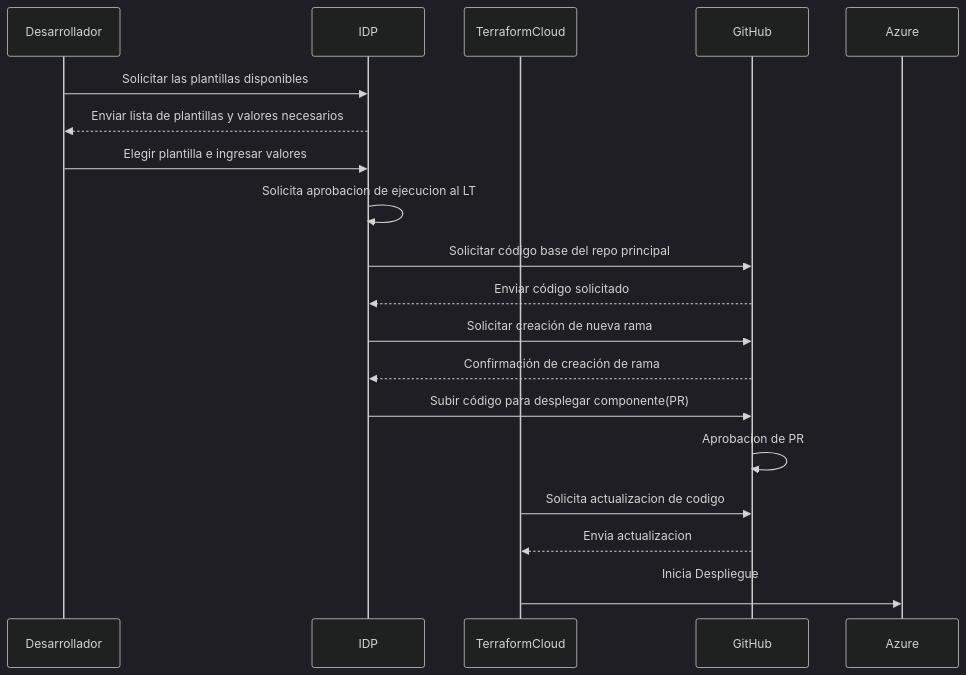
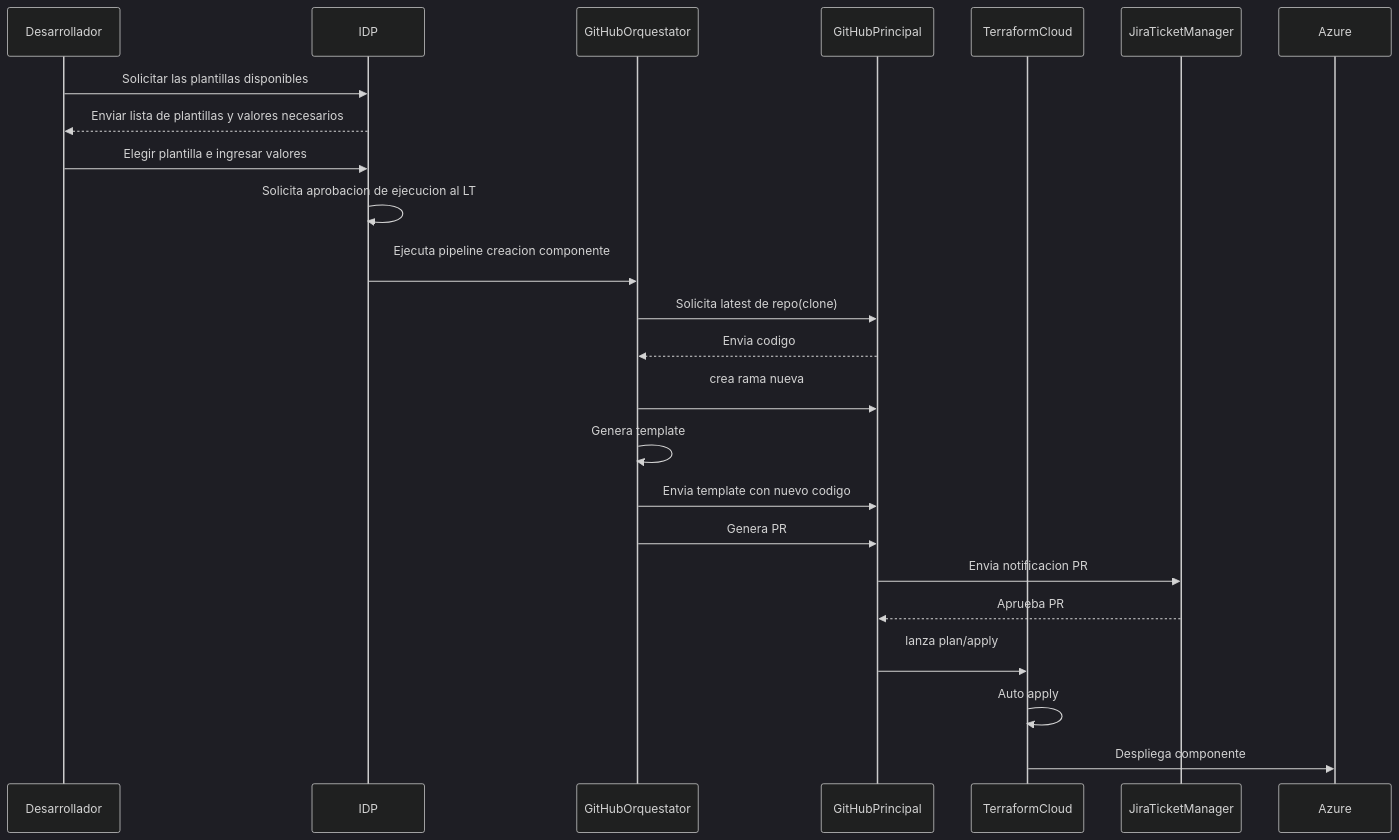
One commit to test-ntt-idp-01/lab003 changed the diagram in docs/flow.mmd. Above: the diagram before and after it, drawn with Mermaid (dark theme). The commit also changed other lines of this file and 15 other files, not shown here.

```diff
--- a/docs/flow.mmd
+++ b/docs/flow.mmd
@@ -1,20 +1,25 @@
 sequenceDiagram
   participant Desarrollador as Desarrollador
   participant IDP as IDP
+  participant GitHubOrquestator as GitHubOrquestator
+  participant GitHubPrincipal as GitHubPrincipal
   participant TerraformCloud as TerraformCloud
-  participant GitHub as GitHub
+  participant Jira as JiraTicketManager
   participant Azure as Azure
 
   Desarrollador ->> IDP: Solicitar las plantillas disponibles
   IDP -->> Desarrollador: Enviar lista de plantillas y valores necesarios
   Desarrollador ->> IDP: Elegir plantilla e ingresar valores
   IDP ->> IDP: Solicita aprobacion de ejecucion al LT
-  IDP ->> GitHub: Solicitar código base del repo principal
-  GitHub -->> IDP: Enviar código solicitado
-  IDP ->> GitHub: Solicitar creación de nueva rama
-  GitHub -->> IDP: Confirmación de creación de rama
-  IDP ->> GitHub: Subir código para desplegar componente(PR)
-  GitHub ->> GitHub: Aprobacion de PR
-  TerraformCloud ->> GitHub: Solicita actualizacion de codigo
-  GitHub -->> TerraformCloud: Envia actualizacion
-  TerraformCloud ->> Azure: Inicia Despliegue <br>
+  IDP ->> GitHubOrquestator: Ejecuta pipeline creacion componente <br>
+  GitHubOrquestator ->> GitHubPrincipal: Solicita latest de repo(clone)
+  GitHubPrincipal -->> GitHubOrquestator: Envia codigo
+  GitHubOrquestator ->> GitHubPrincipal: crea rama nueva <br>
+  GitHubOrquestator ->> GitHubOrquestator: Genera template
+  GitHubOrquestator ->> GitHubPrincipal: Envia template con nuevo codigo
+  GitHubOrquestator ->> GitHubPrincipal: Genera PR
+  GitHubPrincipal ->> Jira: Envia notificacion PR
+  Jira -->> GitHubPrincipal: Aprueba PR
+  GitHubPrincipal ->> TerraformCloud: lanza plan/apply <br>
+  TerraformCloud ->> TerraformCloud: Auto apply
+  TerraformCloud ->> Azure: Despliega componente
```
